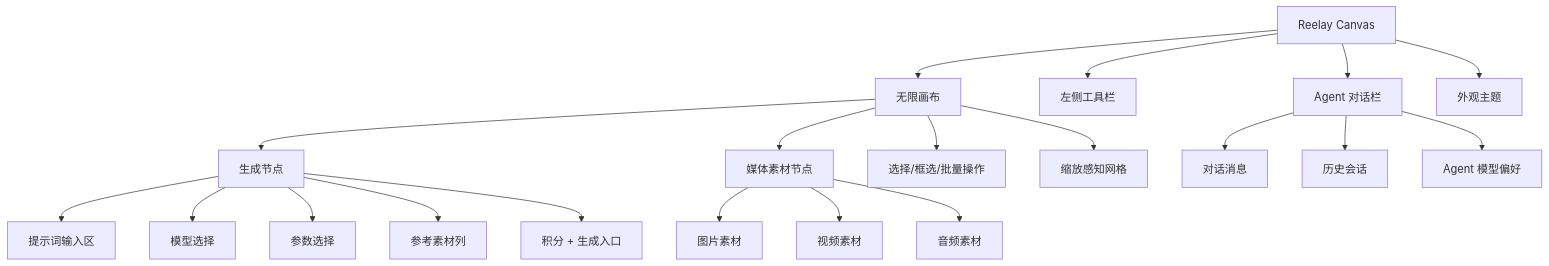
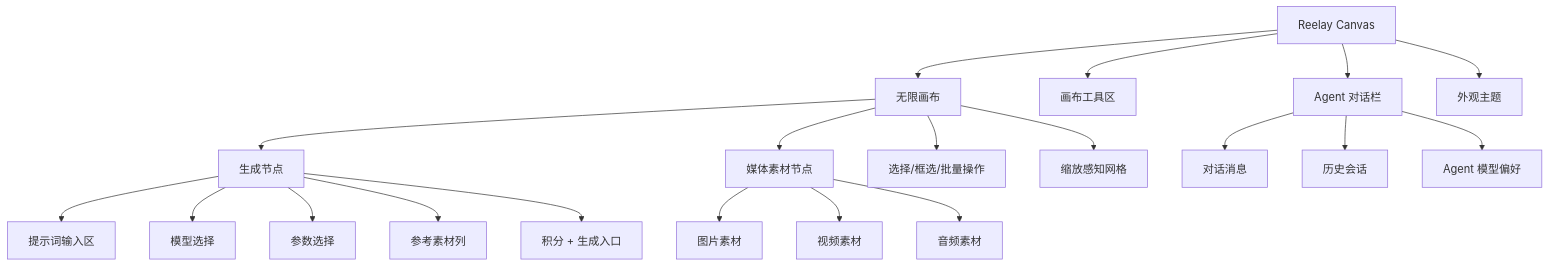
The first of 2 diagrams in docs/current-product-spec.md (Heo7n/reelay-canvas-prototype), drawn with Mermaid before and after one commit. The commit also changed other lines of this file and 5 other files, not shown here.

````diff
--- a/docs/current-product-spec.md
+++ b/docs/current-product-spec.md
@@ -31,27 +31,27 @@
 ```mermaid
 flowchart TD
   App["Reelay Canvas"]
   App --> Canvas["无限画布"]
-  App --> LeftRail["左侧工具栏"]
+  App --> CanvasTools["画布工具区"]
   App --> Agent["Agent 对话栏"]
   App --> Theme["外观主题"]
 
   Canvas --> Generator["生成节点"]
   Canvas --> Asset["媒体素材节点"]
   Canvas --> Selection["选择/框选/批量操作"]
   Canvas --> Grid["缩放感知网格"]
 
   Generator --> Prompt["提示词输入区"]
   Generator --> Model["模型选择"]
   Generator --> Params["参数选择"]
   Generator --> Materials["参考素材列"]
   Generator --> Generate["积分 + 生成入口"]
 
   Asset --> Image["图片素材"]
   Asset --> Video["视频素材"]
   Asset --> Audio["音频素材"]
 
   Agent --> Chat["对话消息"]
   Agent --> History["历史会话"]
   Agent --> AgentModel["Agent 模型偏好"]
 ```
````
